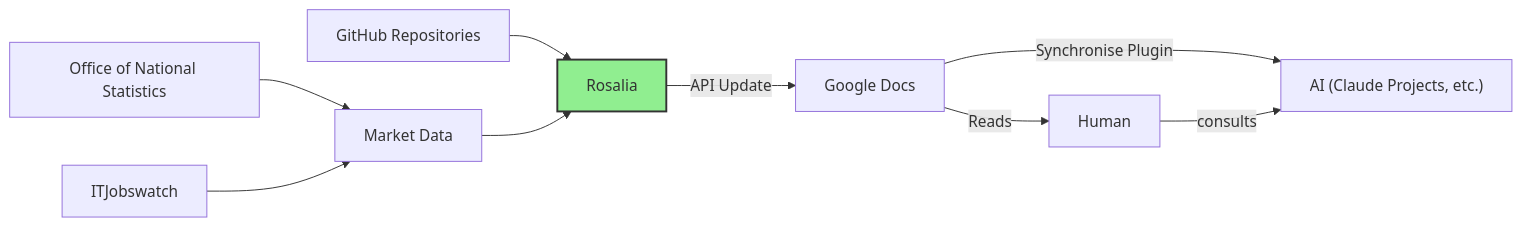
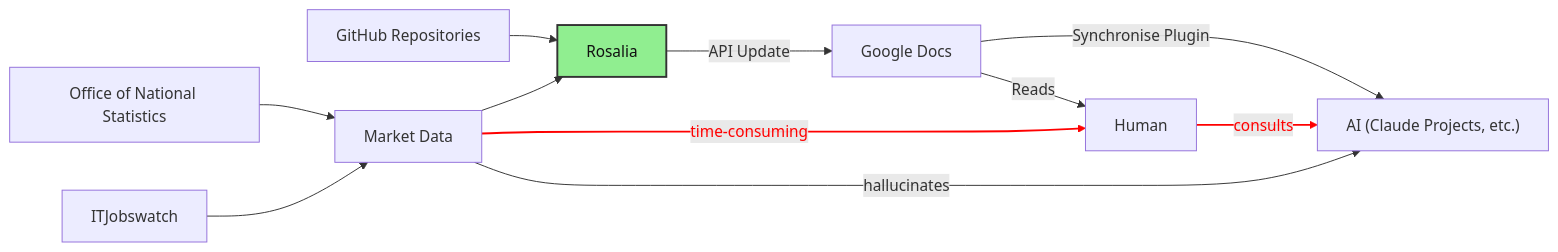
Before and after one commit to lmcrean/research-enterprise-codebases: the diagram in README.md, drawn with Mermaid.

Commit message:
Enhance flowchart in README.md by adding new relationships and improving styling for better visual representation.

````diff
--- a/README.md
+++ b/README.md
@@ -34,12 +34,16 @@
 ```mermaid
 flowchart LR
     A["GitHub Repositories"] --> B["Rosalia"]
     F["Office of National Statistics"] --> E["Market Data"]
     G["ITJobswatch"] --> E
     E --> B
     B -- "API Update" --> C["Google Docs"]
     C -- "Reads" --> H["Human"]
     C -- "Synchronise Plugin" --> D["AI (Claude Projects, etc.)"]
     H -- "consults" --> D
-    style B fill:#90ee90,stroke:#333,stroke-width:2px
+    E -- "time-consuming" --> H
+    E -- "hallucinates" --> D
+    style B fill:#90ee90,stroke:#333,stroke-width:2px,color:#111111
+    linkStyle 7 stroke:#ff0000,stroke-width:2px,color:#ff0000
+    linkStyle 8 stroke:#ff0000,stroke-width:2px,color:#ff0000
 ```
````
